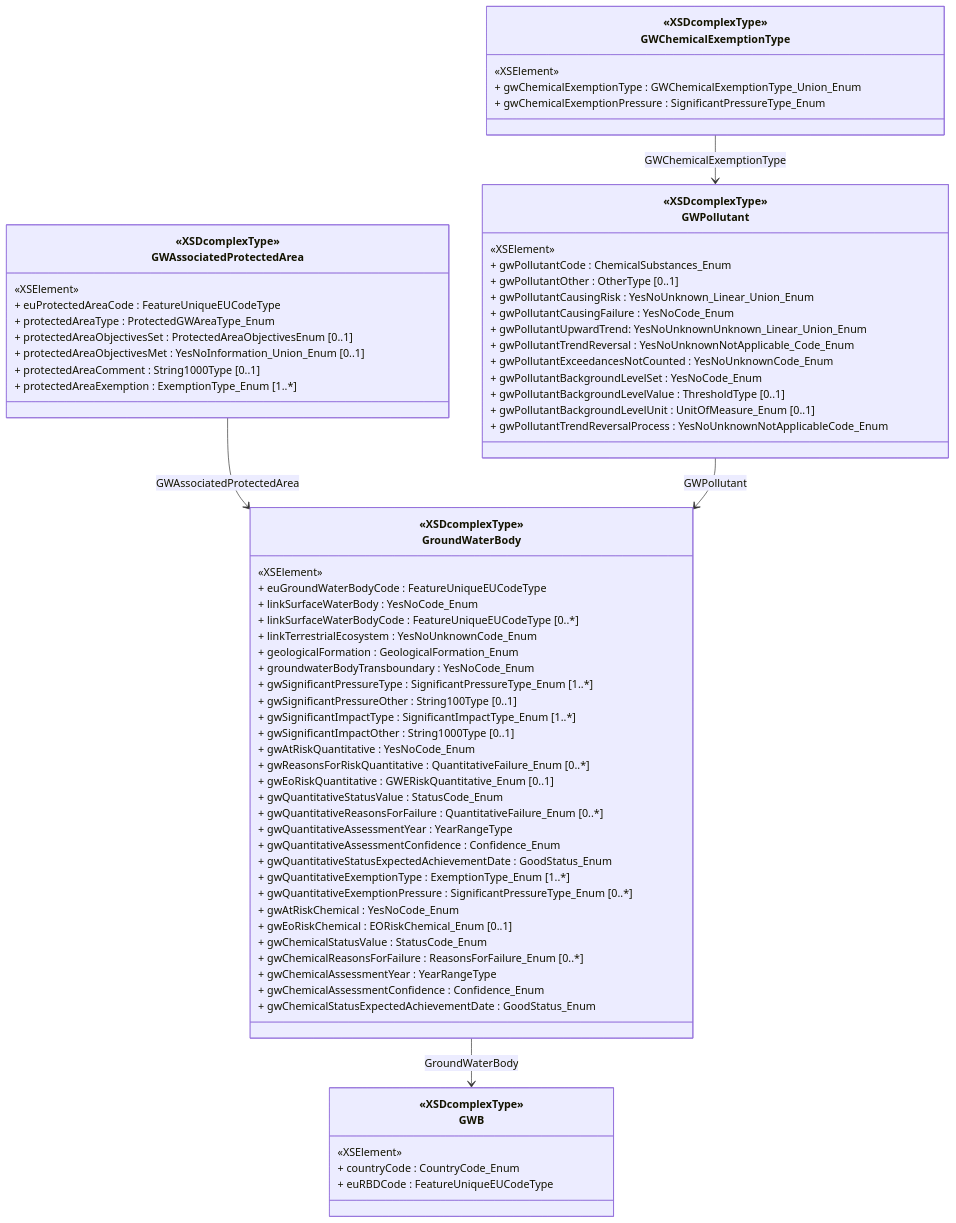
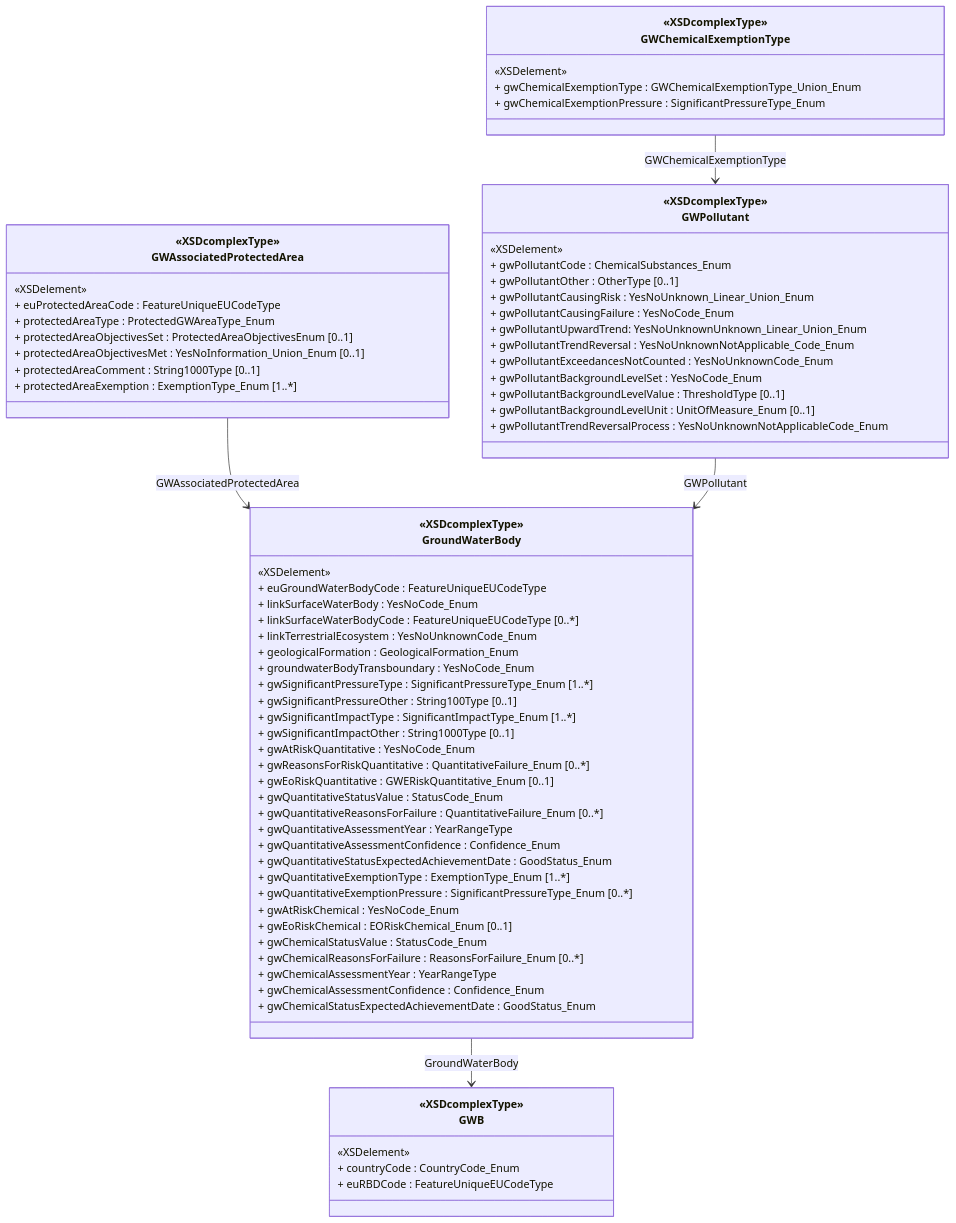
Before and after one commit to eeadata/WISE.WFD.Documentation: the diagram in docs/DataModelReview/mmd/Groundwater_3rdCycle_GWB_ClassDiagram.mmd, drawn with Mermaid. The commit also changed 8 other files, not shown here.

```diff
--- a/docs/DataModelReview/mmd/Groundwater_3rdCycle_GWB_ClassDiagram.mmd
+++ b/docs/DataModelReview/mmd/Groundwater_3rdCycle_GWB_ClassDiagram.mmd
@@ -1,81 +1,81 @@
 %%{init: {'theme': 'default'}}%%
 
 classDiagram
 class GWChemicalExemptionType ["«XSDcomplexType»
 GWChemicalExemptionType"] {
-  «XSElement»
+  «XSDelement»
   + gwChemicalExemptionType : GWChemicalExemptionType_Union_Enum
   + gwChemicalExemptionPressure : SignificantPressureType_Enum
 }
 
 class GWPollutant ["«XSDcomplexType»
 GWPollutant"]{
-  «XSElement»
+  «XSDelement»
   + gwPollutantCode : ChemicalSubstances_Enum
   + gwPollutantOther : OtherType [0..1]
   + gwPollutantCausingRisk : YesNoUnknown_Linear_Union_Enum
   + gwPollutantCausingFailure : YesNoCode_Enum
   + gwPollutantUpwardTrend: YesNoUnknownUnknown_Linear_Union_Enum
   + gwPollutantTrendReversal : YesNoUnknownNotApplicable_Code_Enum
   + gwPollutantExceedancesNotCounted : YesNoUnknownCode_Enum
   + gwPollutantBackgroundLevelSet : YesNoCode_Enum
   + gwPollutantBackgroundLevelValue : ThresholdType [0..1]
   + gwPollutantBackgroundLevelUnit : UnitOfMeasure_Enum [0..1]
   + gwPollutantTrendReversalProcess : YesNoUnknownNotApplicableCode_Enum
 }
 
 class GWAssociatedProtectedArea ["«XSDcomplexType»
 GWAssociatedProtectedArea"]{
-  «XSElement»
+  «XSDelement»
   + euProtectedAreaCode : FeatureUniqueEUCodeType
   + protectedAreaType : ProtectedGWAreaType_Enum
   + protectedAreaObjectivesSet : ProtectedAreaObjectivesEnum [0..1]
   + protectedAreaObjectivesMet : YesNoInformation_Union_Enum [0..1]
   + protectedAreaComment : String1000Type [0..1]
   + protectedAreaExemption : ExemptionType_Enum [1..*]
 }
 
 class GroundWaterBody ["«XSDcomplexType»
 GroundWaterBody"] {
-  «XSElement»
+  «XSDelement»
   + euGroundWaterBodyCode : FeatureUniqueEUCodeType
   + linkSurfaceWaterBody : YesNoCode_Enum
   + linkSurfaceWaterBodyCode : FeatureUniqueEUCodeType [0..*]
   + linkTerrestrialEcosystem : YesNoUnknownCode_Enum
   + geologicalFormation : GeologicalFormation_Enum
   + groundwaterBodyTransboundary : YesNoCode_Enum
   + gwSignificantPressureType : SignificantPressureType_Enum [1..*]
   + gwSignificantPressureOther : String100Type [0..1]
   + gwSignificantImpactType : SignificantImpactType_Enum [1..*]
   + gwSignificantImpactOther : String1000Type [0..1]
   + gwAtRiskQuantitative : YesNoCode_Enum
   + gwReasonsForRiskQuantitative : QuantitativeFailure_Enum [0..*]
   + gwEoRiskQuantitative : GWERiskQuantitative_Enum [0..1]
   + gwQuantitativeStatusValue : StatusCode_Enum
   + gwQuantitativeReasonsForFailure : QuantitativeFailure_Enum [0..*]
   + gwQuantitativeAssessmentYear : YearRangeType
   + gwQuantitativeAssessmentConfidence : Confidence_Enum
   + gwQuantitativeStatusExpectedAchievementDate : GoodStatus_Enum
   + gwQuantitativeExemptionType : ExemptionType_Enum [1..*]
   + gwQuantitativeExemptionPressure : SignificantPressureType_Enum [0..*]
   + gwAtRiskChemical : YesNoCode_Enum
   + gwEoRiskChemical : EORiskChemical_Enum [0..1]
   + gwChemicalStatusValue : StatusCode_Enum
   + gwChemicalReasonsForFailure : ReasonsForFailure_Enum [0..*]
   + gwChemicalAssessmentYear : YearRangeType
   + gwChemicalAssessmentConfidence : Confidence_Enum
   + gwChemicalStatusExpectedAchievementDate : GoodStatus_Enum
 }
 
 class GWB ["«XSDcomplexType»
 GWB"]{
-  «XSElement»
+  «XSDelement»
   + countryCode : CountryCode_Enum
   + euRBDCode : FeatureUniqueEUCodeType
 }
 
 
 GWAssociatedProtectedArea --> GroundWaterBody : GWAssociatedProtectedArea
 GWPollutant --> GroundWaterBody : GWPollutant
 GWChemicalExemptionType --> GWPollutant : GWChemicalExemptionType
 GroundWaterBody --> GWB : GroundWaterBody
```
